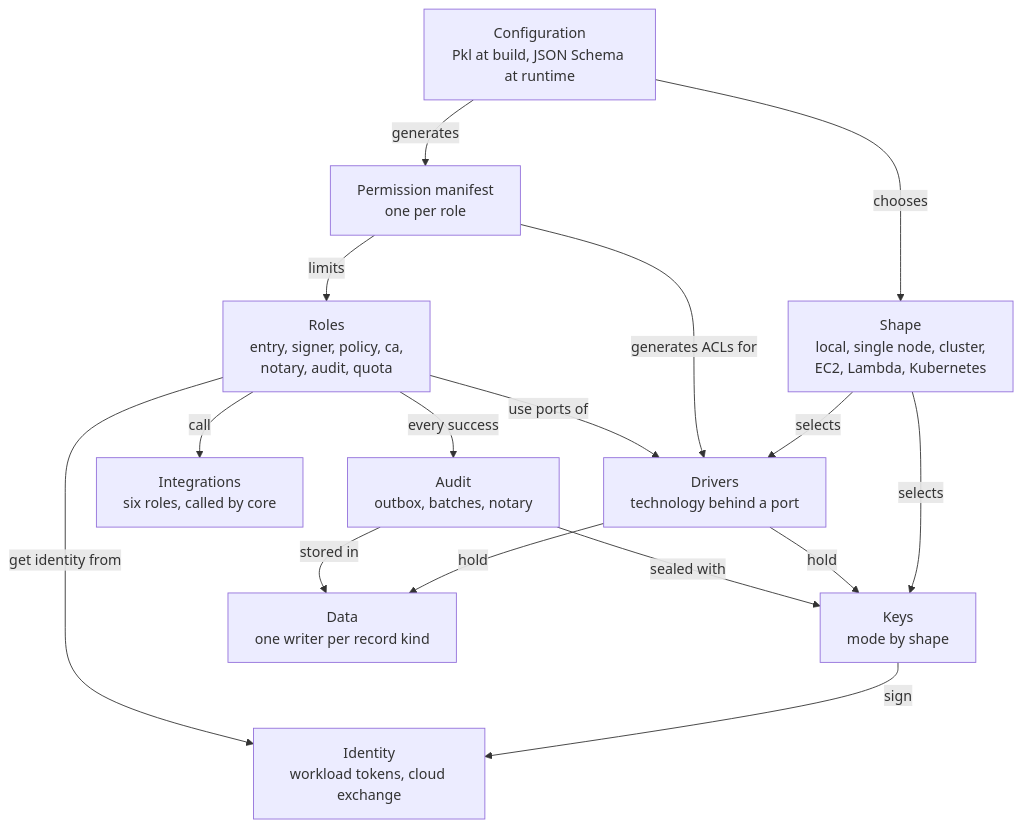
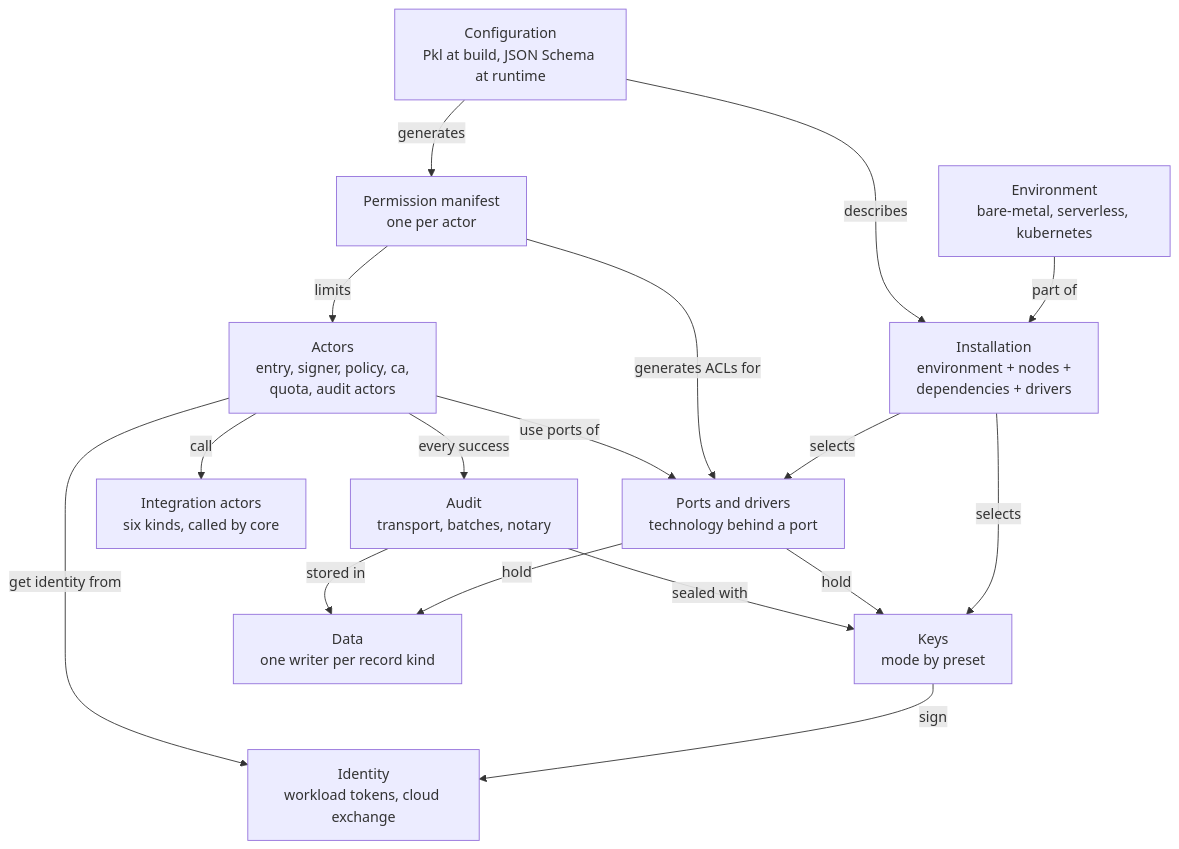
Before and after one commit to truvity/sluis: the diagram in docs/concepts/index.md, drawn with Mermaid. The commit also changed other lines of this file and 63 other files, not shown here.

First line of the commit message:
docs(site): restructure to actors, ports and drivers, environments and presets

````diff
--- a/docs/concepts/index.md
+++ b/docs/concepts/index.md
@@ -11,29 +11,31 @@
 ```mermaid
 flowchart TB
-  shape["Shape<br/>local, single node, cluster,<br/>EC2, Lambda, Kubernetes"]
-  manifest["Permission manifest<br/>one per role"]
-  roles["Roles<br/>entry, signer, policy, ca,<br/>notary, audit, quota"]
-  drivers["Drivers<br/>technology behind a port"]
-  integ["Integrations<br/>six roles, called by core"]
-  keys["Keys<br/>mode by shape"]
+  env["Environment<br/>bare-metal, serverless, kubernetes"]
+  inst["Installation<br/>environment + nodes +<br/>dependencies + drivers"]
+  manifest["Permission manifest<br/>one per actor"]
+  actors["Actors<br/>entry, signer, policy, ca,<br/>quota, audit actors"]
+  drivers["Ports and drivers<br/>technology behind a port"]
+  integ["Integration actors<br/>six kinds, called by core"]
+  keys["Keys<br/>mode by preset"]
   ident["Identity<br/>workload tokens, cloud exchange"]
   config["Configuration<br/>Pkl at build, JSON Schema at runtime"]
   data["Data<br/>one writer per record kind"]
-  audit["Audit<br/>outbox, batches, notary"]
+  audit["Audit<br/>transport, batches, notary"]
 
-  shape -->|"selects"| drivers
-  shape -->|"selects"| keys
-  config -->|"chooses"| shape
+  env -->|"part of"| inst
+  inst -->|"selects"| drivers
+  inst -->|"selects"| keys
+  config -->|"describes"| inst
   config -->|"generates"| manifest
-  manifest -->|"limits"| roles
+  manifest -->|"limits"| actors
   manifest -->|"generates ACLs for"| drivers
-  roles -->|"use ports of"| drivers
-  roles -->|"call"| integ
+  actors -->|"use ports of"| drivers
+  actors -->|"call"| integ
   drivers -->|"hold"| keys
   drivers -->|"hold"| data
   keys -->|"sign"| ident
-  roles -->|"get identity from"| ident
-  roles -->|"every success"| audit
+  actors -->|"get identity from"| ident
+  actors -->|"every success"| audit
   audit -->|"stored in"| data
   audit -->|"sealed with"| keys
 ```
````
